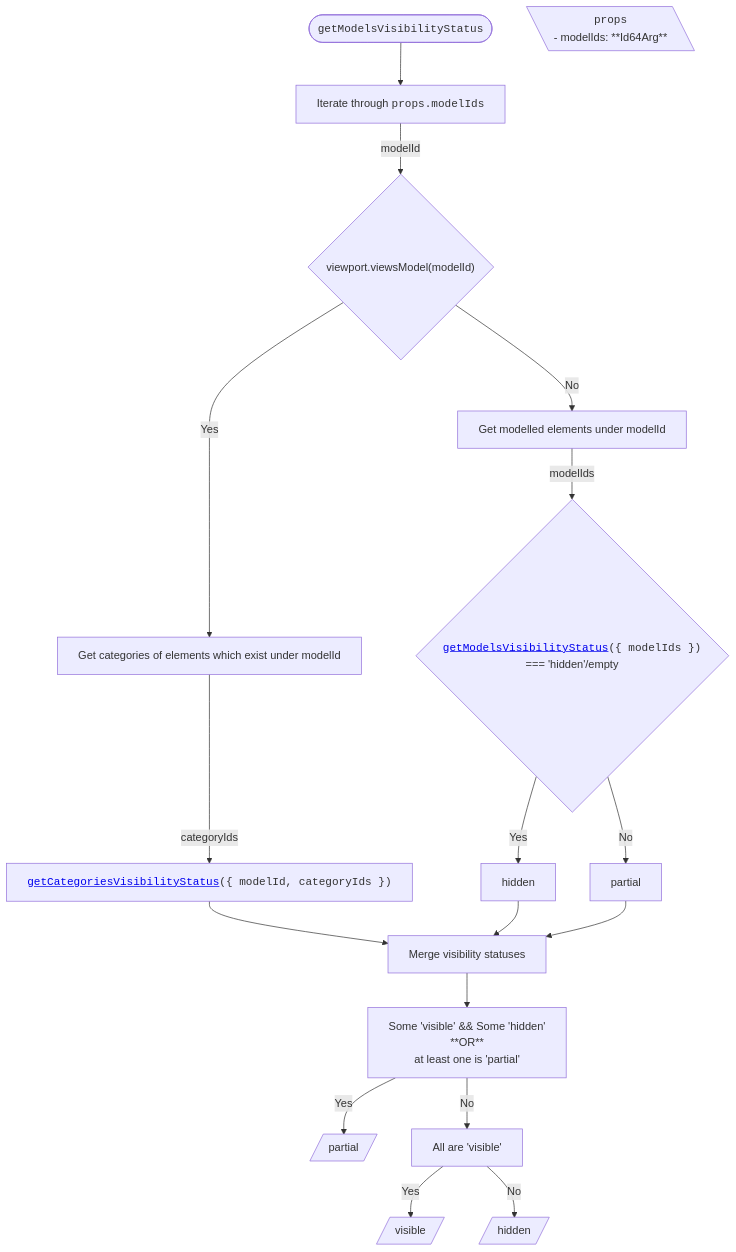
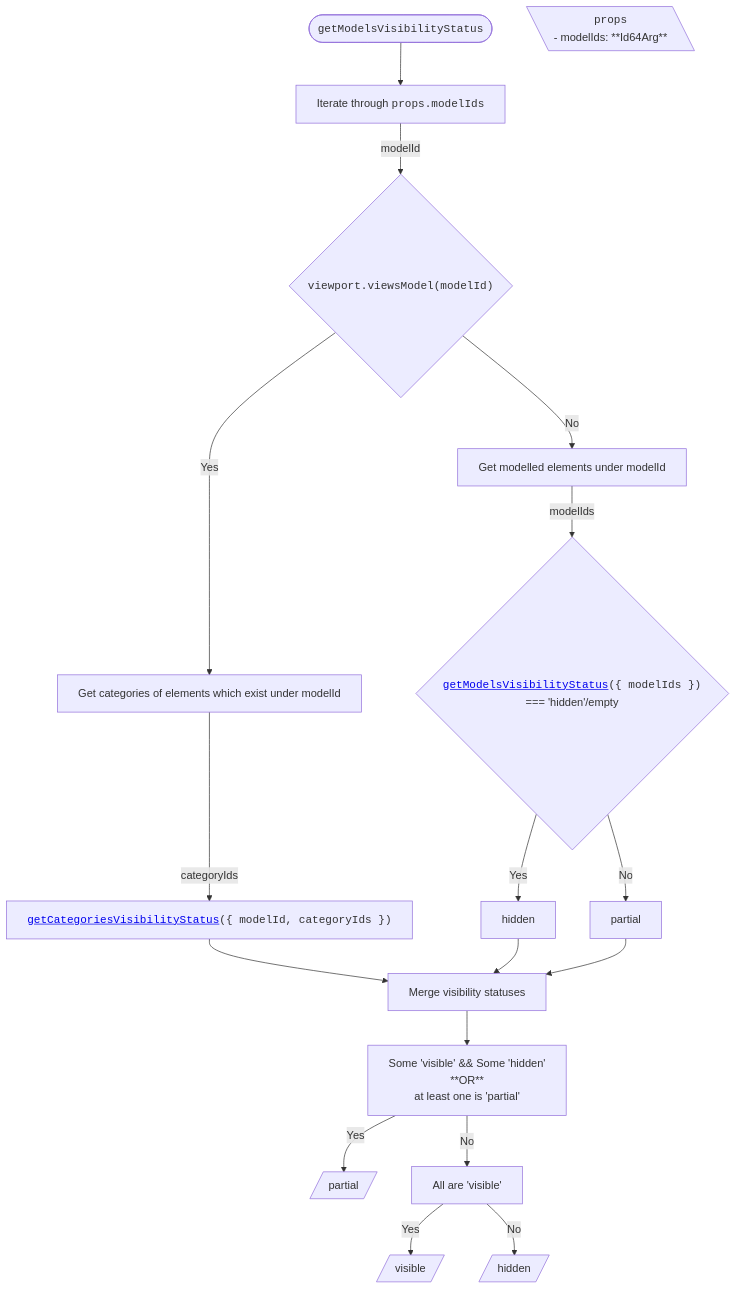
The second of 6 diagrams in packages/itwin/tree-widget/docs/SharedVisibilityHandling.md (iTwin/viewer-components-react), drawn with Mermaid before and after one commit.

````diff
--- a/packages/itwin/tree-widget/docs/SharedVisibilityHandling.md
+++ b/packages/itwin/tree-widget/docs/SharedVisibilityHandling.md
@@ -75,47 +75,47 @@
 ```mermaid
 ---
 config:
   flowchart:
     wrappingWidth: 750
     useMaxWidth: false
 ---
 
 flowchart TD
   RESULT_Partial[/partial/]
   RESULT_Visible[/visible/]
   RESULT_Hidden[/hidden/]
 
   %% Start
   TITLE(["<code>getModelsVisibilityStatus</code>"]) --> A[Iterate through <code>props.modelIds</code>]
 
   PROPS[\"
     <code>props</code>
     <div style='text-align: left;'>- modelIds: **Id64Arg**</div>
   "\]
 
-  A -- modelId --> B{"viewport.viewsModel(modelId)"}
+  A -- modelId --> B{"<code>viewport.viewsModel(modelId)</code>"}
 
   %% Branch Yes
   B -- Yes --> C1[Get categories of elements which exist under modelId]
   C1 -- categoryIds --> D1["<code><a href='#getcategoriesvisibilitystatus'>getCategoriesVisibilityStatus</a>({ modelId, categoryIds })</code>"]
 
   %% Branch No
   B -- No --> C2[Get modelled elements under modelId]
   C2 -- modelIds --> D2{"<code><a href='#getmodelsvisibilitystatus'>getModelsVisibilityStatus</a>({ modelIds })</code> <br/> === 'hidden'/empty"}
   D2 -- Yes --> E1[hidden]
   D2 -- No --> E2[partial]
 
   %% Merge
   D1 --> M[Merge visibility statuses]
   E1 --> M
   E2 --> M
 
   M --> N[Some 'visible' && Some 'hidden' <br/> **OR** <br/> at least one is 'partial']
 
   N -- Yes --> RESULT_Partial
 
   N -- No --> O[All are 'visible']
 
   O -- Yes --> RESULT_Visible
   O -- No --> RESULT_Hidden
 ```
````
